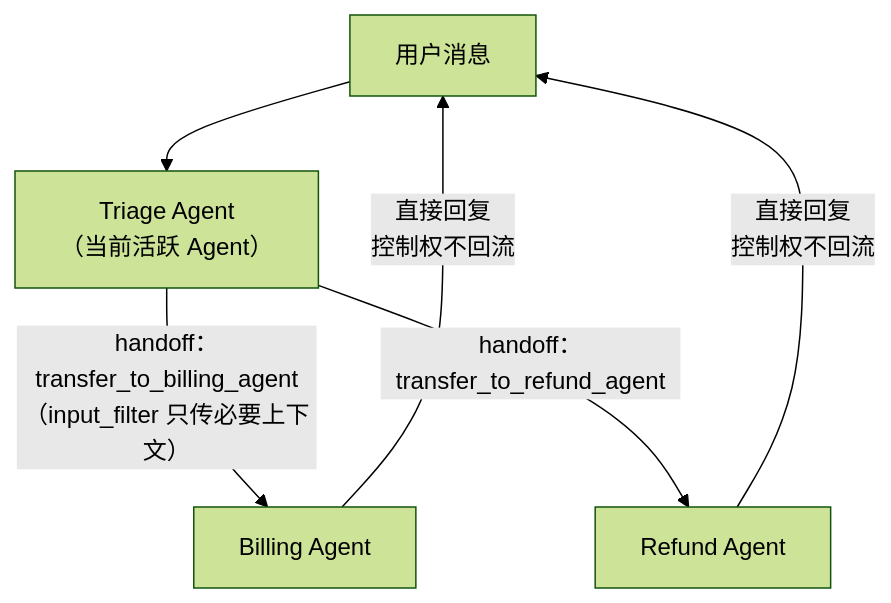
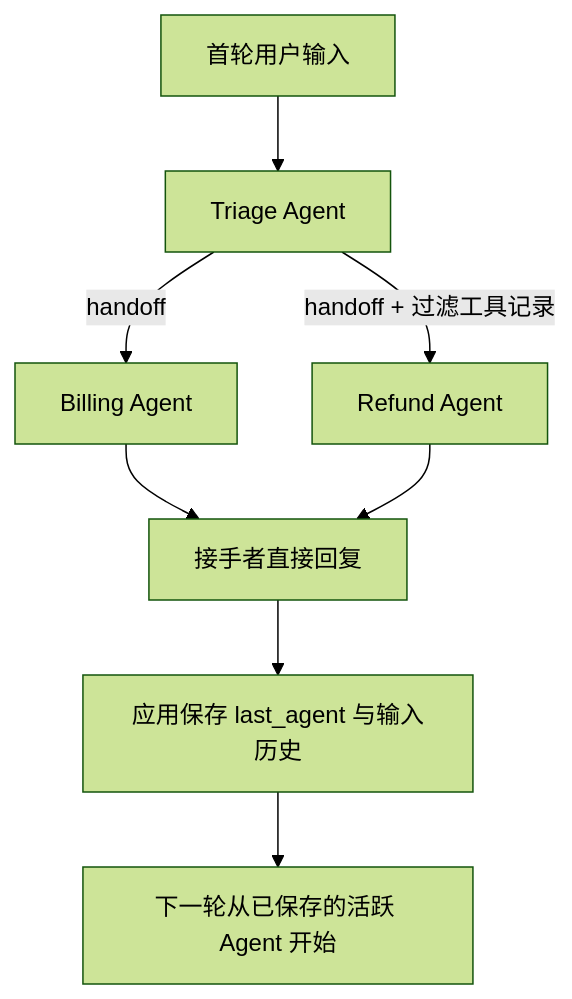
The fifth of 8 diagrams in 04.Agent开发/05.multiAgent/01.多智能体系统设计.md (AI-Redfish/Agent), drawn with Mermaid (forest theme) before and after one commit. The commit also changed other lines of this file and 12 other files, not shown here.

````diff
--- a/04.Agent开发/05.multiAgent/01.多智能体系统设计.md
+++ b/04.Agent开发/05.multiAgent/01.多智能体系统设计.md
@@ -173,8 +451,10 @@
 ```mermaid
 flowchart TD
-    U["用户消息"] --> T["Triage Agent<br/>（当前活跃 Agent）"]
-    T -->|"handoff：transfer_to_billing_agent<br/>（input_filter 只传必要上下文）"| B["Billing Agent"]
-    T -->|"handoff：transfer_to_refund_agent"| R["Refund Agent"]
-    B -->|"直接回复<br/>控制权不回流"| U
-    R -->|"直接回复<br/>控制权不回流"| U
+    U["首轮用户输入"] --> T["Triage Agent"]
+    T -->|"handoff"| B["Billing Agent"]
+    T -->|"handoff + 过滤工具记录"| R["Refund Agent"]
+    B --> OUT["接手者直接回复"]
+    R --> OUT
+    OUT --> SAVE["应用保存 last_agent 与输入历史"]
+    SAVE --> NEXT["下一轮从已保存的活跃 Agent 开始"]
 ```
````
